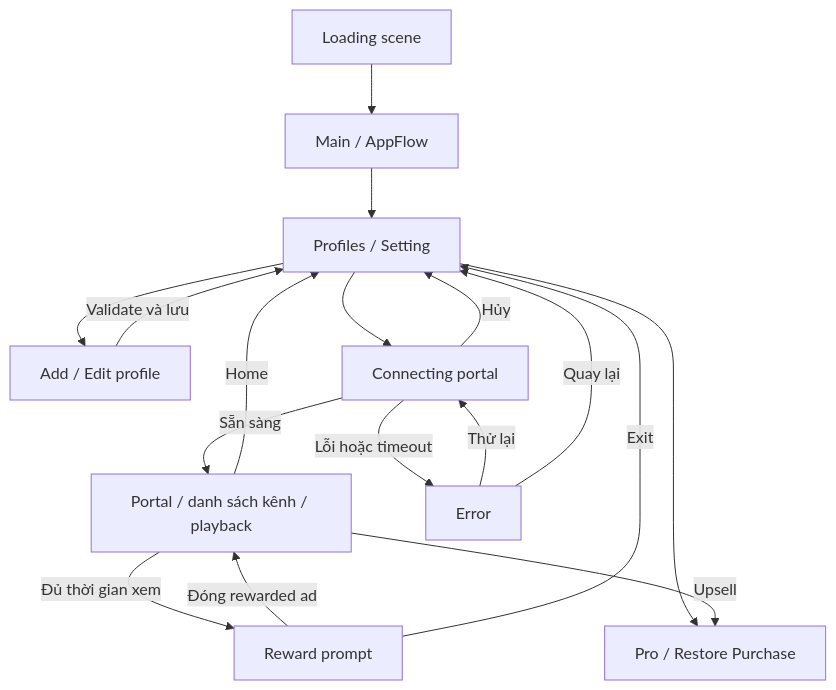
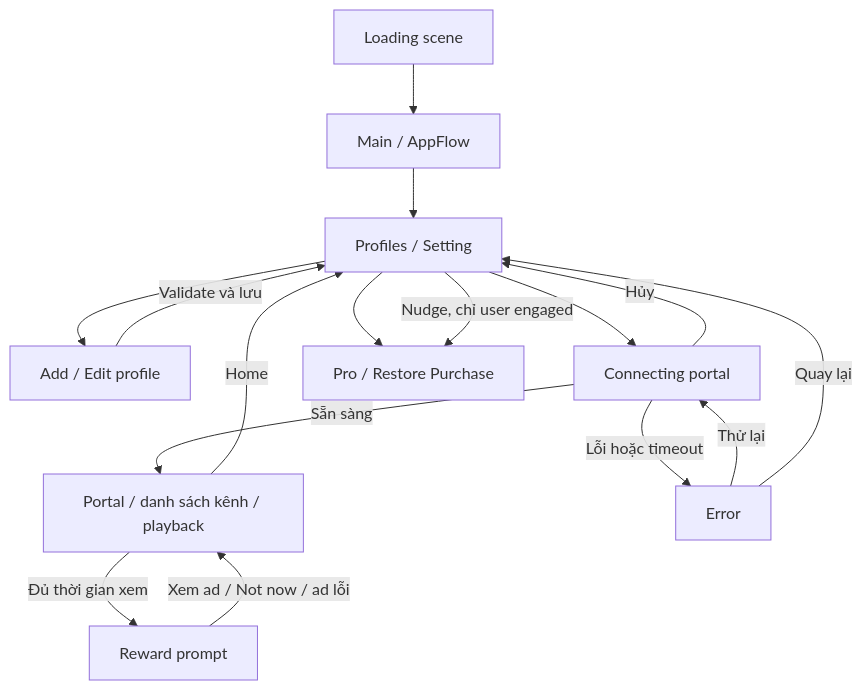
The diagram in README.md (namdang2k/Kestrel-IPTV-Player), drawn with Mermaid before and after one commit. The commit also changed other lines of this file and 28 other files, not shown here.

First line of the commit message:
feat(monet): segment-aware ad timings, optional reward, Home nudge, Pro player menu

````diff
--- a/README.md
+++ b/README.md
@@ -14,19 +14,18 @@
 ```mermaid
 flowchart TD
     Loading[Loading scene] --> Main[Main / AppFlow]
     Main --> Profiles[Profiles / Setting]
     Profiles --> Edit[Add / Edit profile]
     Edit -->|Validate và lưu| Profiles
     Profiles --> Connecting[Connecting portal]
     Connecting -->|Sẵn sàng| Portal[Portal / danh sách kênh / playback]
     Connecting -->|Lỗi hoặc timeout| Error[Error]
     Connecting -->|Hủy| Profiles
     Error -->|Thử lại| Connecting
     Error -->|Quay lại| Profiles
     Portal -->|Home| Profiles
     Portal -->|Đủ thời gian xem| Reward[Reward prompt]
-    Reward -->|Đóng rewarded ad| Portal
-    Reward -->|Exit| Profiles
+    Reward -->|Xem ad / Not now / ad lỗi| Portal
     Profiles --> Pro[Pro / Restore Purchase]
-    Portal -->|Upsell| Pro
+    Profiles -->|Nudge, chỉ user engaged| Pro
 ```
````
